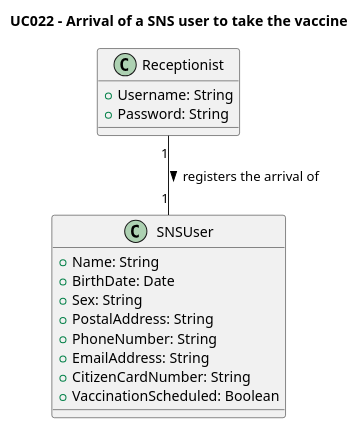
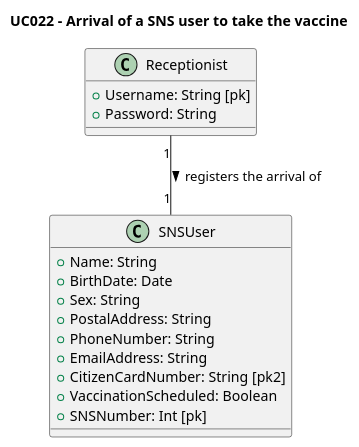
Before and after one commit to rafaafig/SnsTrab: the diagram in sns-base/doc/global/use-cases/UC022/ucd-UCD022.puml, drawn with PlantUML. The commit also changed 10 other files, not shown here.

Commit message:
modelo logico nos diagramas dos casos

```diff
--- a/sns-base/doc/global/use-cases/UC022/ucd-UCD022.puml
+++ b/sns-base/doc/global/use-cases/UC022/ucd-UCD022.puml
@@ -1,26 +1,27 @@
 @startuml
 'skinparam monochrome true
 'skinparam shadowing false
 
 title UC022 - Arrival of a SNS user to take the vaccine
 
 class Receptionist {
-    +Username: String
+    +Username: String [pk]
     +Password: String
 }
 
 class SNSUser {
     +Name: String
     +BirthDate: Date
     +Sex: String
     +PostalAddress: String
     +PhoneNumber: String
     +EmailAddress: String
-    +CitizenCardNumber: String
+    +CitizenCardNumber: String [pk2]
     +VaccinationScheduled: Boolean
+    +SNSNumber: Int [pk]
 }
 
 ' Relationships
 Receptionist "1" -- "1" SNSUser : registers the arrival of >
 
 @enduml
```
